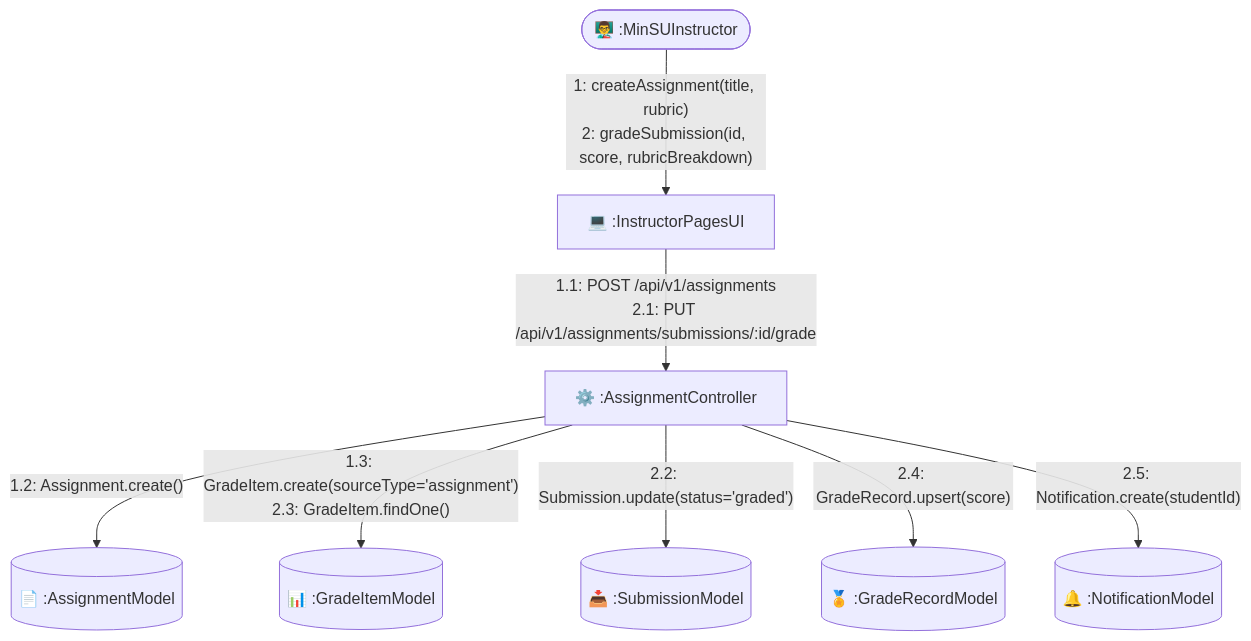
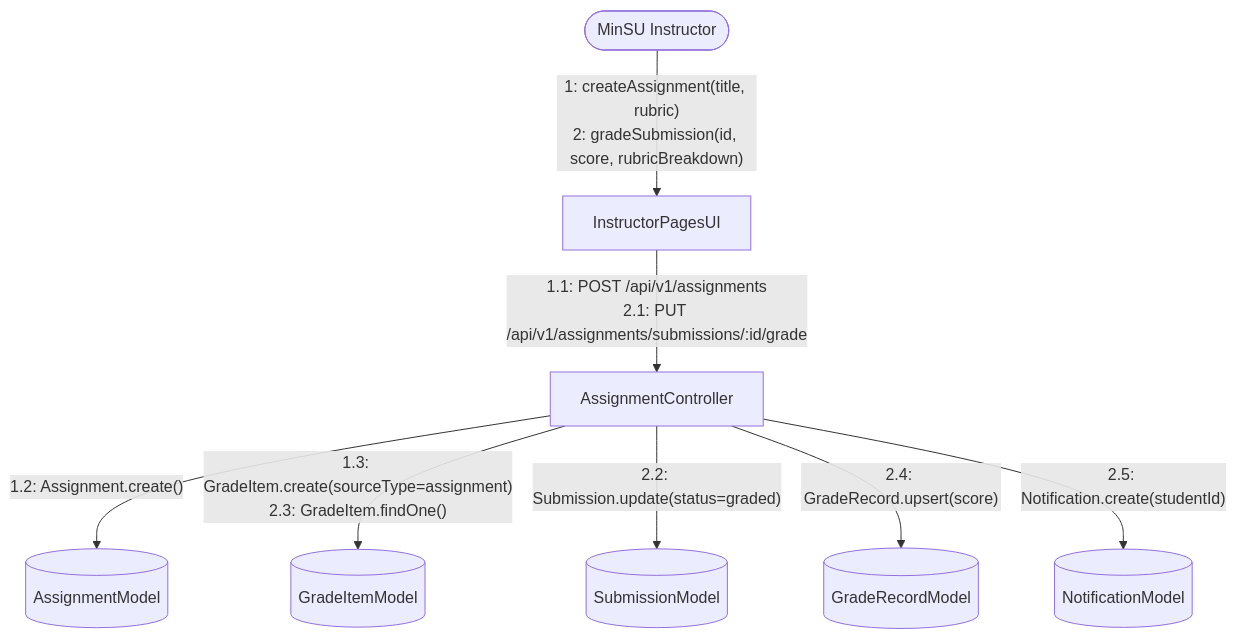
Before and after one commit to Leonard11223/INSTRUCTOR-: diagram 14 of 17 in INSTRUCTOR_SYSTEM_MODELING_DIAGRAMS.md, drawn with Mermaid. The commit also changed other lines of this file, not shown here.

Commit message:
Add complete Instructor system modeling diagrams — all 8 structural + 9 behavioral diagrams (MinSU E-Learn & Networking Academy)

````diff
--- a/INSTRUCTOR_SYSTEM_MODELING_DIAGRAMS.md
+++ b/INSTRUCTOR_SYSTEM_MODELING_DIAGRAMS.md
@@ -988,19 +702,19 @@
 ```mermaid
 flowchart TB
-    Inst(["👨‍🏫 :MinSUInstructor"])
-    UI["💻 :InstructorPagesUI"]
-    Ctrl["⚙️ :AssignmentController"]
-    AssignM[("📄 :AssignmentModel")]
-    SubM[("📥 :SubmissionModel")]
-    GIM[("📊 :GradeItemModel")]
-    GRM[("🏅 :GradeRecordModel")]
-    NotifM[("🔔 :NotificationModel")]
+    Inst(["MinSU Instructor"])
+    UI["InstructorPagesUI"]
+    Ctrl["AssignmentController"]
+    AssignM[("AssignmentModel")]
+    SubM[("SubmissionModel")]
+    GIM[("GradeItemModel")]
+    GRM[("GradeRecordModel")]
+    NotifM[("NotificationModel")]
 
-    Inst -->|"1: createAssignment(title, rubric)<br/>2: gradeSubmission(id, score, rubricBreakdown)"| UI
-    UI -->|"1.1: POST /api/v1/assignments<br/>2.1: PUT /api/v1/assignments/submissions/:id/grade"| Ctrl
+    Inst -->|"1: createAssignment(title, rubric)\n2: gradeSubmission(id, score, rubricBreakdown)"| UI
+    UI -->|"1.1: POST /api/v1/assignments\n2.1: PUT /api/v1/assignments/submissions/:id/grade"| Ctrl
     Ctrl -->|"1.2: Assignment.create()"| AssignM
-    Ctrl -->|"1.3: GradeItem.create(sourceType='assignment')<br/>2.3: GradeItem.findOne()"| GIM
-    Ctrl -->|"2.2: Submission.update(status='graded')"| SubM
+    Ctrl -->|"1.3: GradeItem.create(sourceType=assignment)\n2.3: GradeItem.findOne()"| GIM
+    Ctrl -->|"2.2: Submission.update(status=graded)"| SubM
     Ctrl -->|"2.4: GradeRecord.upsert(score)"| GRM
     Ctrl -->|"2.5: Notification.create(studentId)"| NotifM
 ```
````
